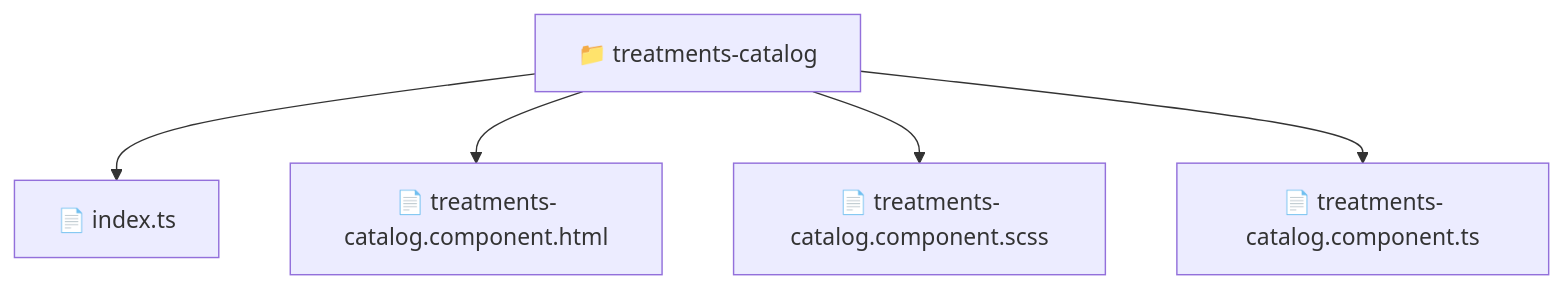
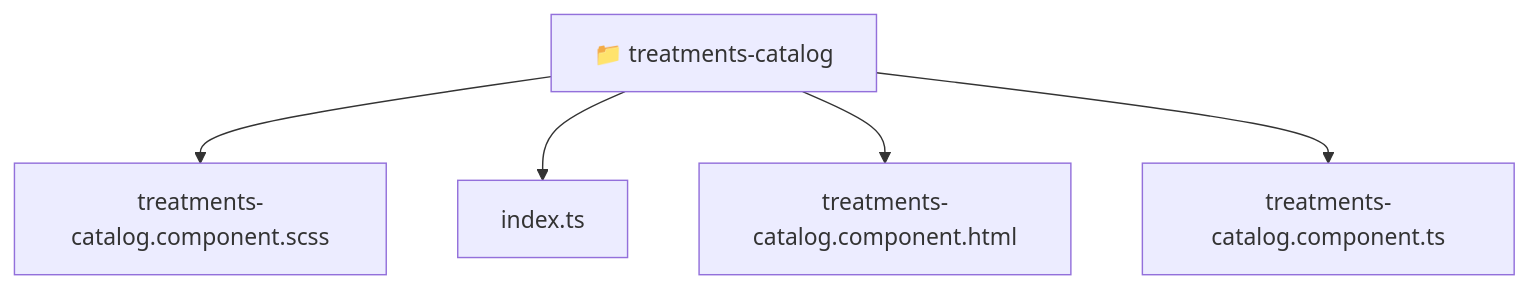
The diagram in frontend/src/pages/treatments-catalog/README.md (beginwebdev2002/fullstack-mavluda), drawn with Mermaid before and after one commit. The commit also changed other lines of this file and 167 other files, not shown here.

````diff
--- a/frontend/src/pages/treatments-catalog/README.md
+++ b/frontend/src/pages/treatments-catalog/README.md
@@ -11,8 +11,12 @@
 ```mermaid
 graph TD
-  Root["📁 treatments-catalog"]
-  Root --> index_ts["📄 index.ts"]
-  Root --> treatments_catalog_component_html["📄 treatments-catalog.component.html"]
-  Root --> treatments_catalog_component_scss["📄 treatments-catalog.component.scss"]
-  Root --> treatments_catalog_component_ts["📄 treatments-catalog.component.ts"]
+  Root_treatments_catalog["📁 treatments-catalog"]
+  f_treatments_catalog_component_scss["treatments-catalog.component.scss"]
+  Root_treatments_catalog --> f_treatments_catalog_component_scss
+  f_index_ts["index.ts"]
+  Root_treatments_catalog --> f_index_ts
+  f_treatments_catalog_component_html["treatments-catalog.component.html"]
+  Root_treatments_catalog --> f_treatments_catalog_component_html
+  f_treatments_catalog_component_ts["treatments-catalog.component.ts"]
+  Root_treatments_catalog --> f_treatments_catalog_component_ts
 ```
````
